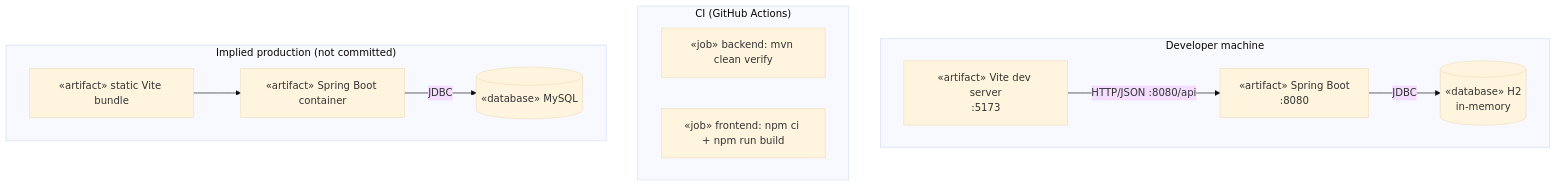
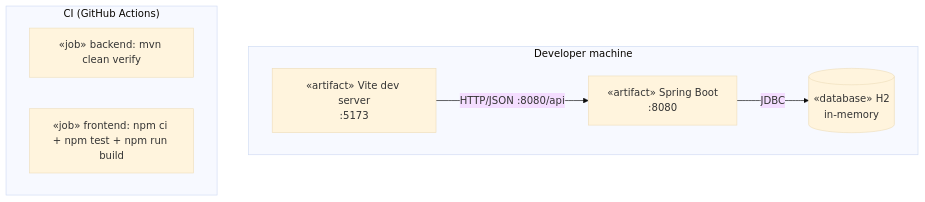
Diagram 14 of 15 in docs/UML_DIAGRAMS.md (elel-m-b/CareerPilot), drawn with Mermaid (base theme) before and after one commit. The commit also changed other lines of this file and 23 other files, not shown here.

````diff
--- a/docs/UML_DIAGRAMS.md
+++ b/docs/UML_DIAGRAMS.md
@@ -533,23 +533,15 @@
 ```mermaid
 graph TD
     subgraph DevMachine["Developer machine"]
         FE["«artifact» Vite dev server<br/>:5173"]
         BE["«artifact» Spring Boot<br/>:8080"]
         H2[("«database» H2<br/>in-memory")]
     end
     FE -- "HTTP/JSON :8080/api" --> BE
     BE -- "JDBC" --> H2
 
     subgraph CI["CI (GitHub Actions)"]
         CI_B["«job» backend: mvn clean verify"]
-        CI_F["«job» frontend: npm ci + npm run build"]
+        CI_F["«job» frontend: npm ci + npm test + npm run build"]
     end
-
-    subgraph Prod["Implied production (not committed)"]
-        P_FE["«artifact» static Vite bundle"]
-        P_BE["«artifact» Spring Boot container"]
-        P_DB[("«database» MySQL")]
-    end
-    P_FE --> P_BE
-    P_BE -- "JDBC" --> P_DB
 ```
````
